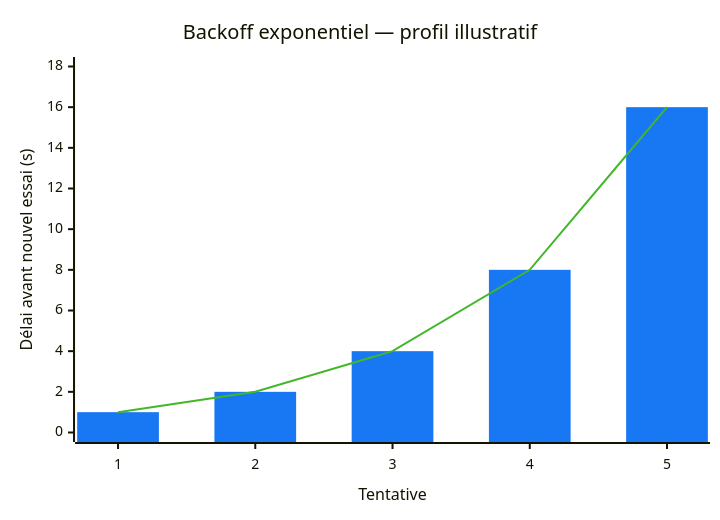
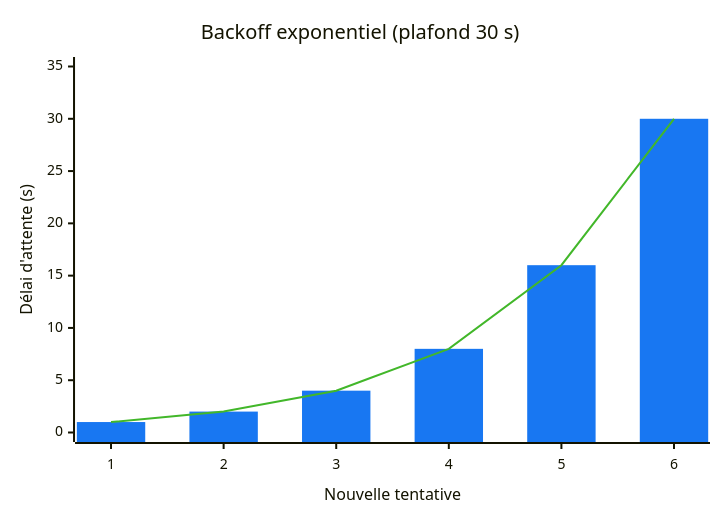
One commit to teremuhamblin/FBtools changed the ninth of 11 diagrams in README.md. Above: the diagram before and after it, drawn with Mermaid. The commit also changed other lines of this file and 20 other files, not shown here.

````diff
--- a/README.md
+++ b/README.md
@@ -412,9 +431,9 @@
 ```mermaid
 %%{init: {'theme':'base', 'themeVariables': {'xyChart': {'plotColorPalette':'#1877F2, #42B72A'}}}}%%
 xychart-beta
-    title "Backoff exponentiel — profil illustratif"
-    x-axis "Tentative" [1, 2, 3, 4, 5]
-    y-axis "Délai avant nouvel essai (s)" 0 --> 18
-    bar [1, 2, 4, 8, 16]
-    line [1, 2, 4, 8, 16]
+    title "Backoff exponentiel (plafond 30 s)"
+    x-axis "Nouvelle tentative" [1, 2, 3, 4, 5, 6]
+    y-axis "Délai d'attente (s)" 0 --> 35
+    bar [1, 2, 4, 8, 16, 30]
+    line [1, 2, 4, 8, 16, 30]
 ```
````
